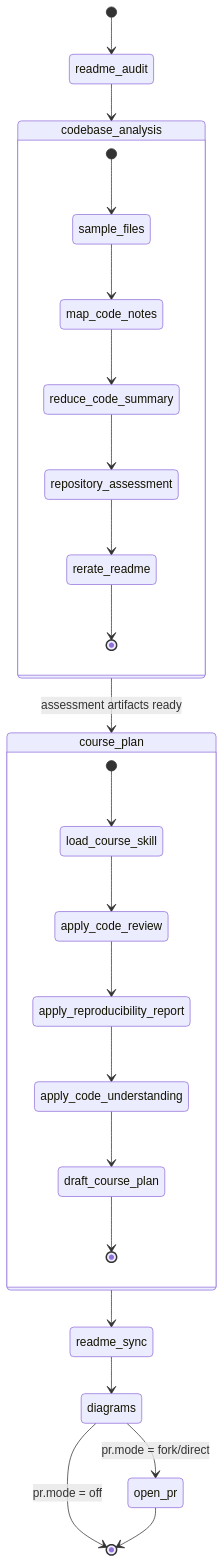
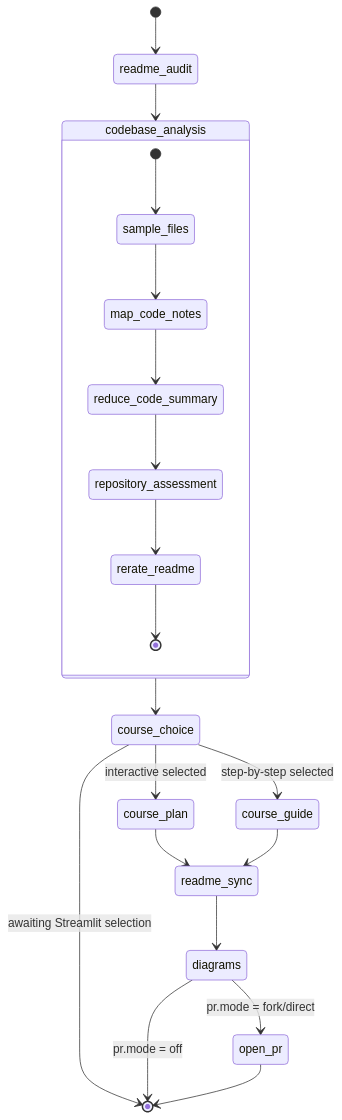
Before and after one commit to Shotza247/Code_Review_LangGraph_workflow: the second of 2 diagrams in readme-sync-workflow/README.md, drawn with Mermaid. The commit also changed other lines of this file and 4 other files, not shown here.

First line of the commit message:
feat: expose course choice in Streamlit

````diff
--- a/readme-sync-workflow/README.md
+++ b/readme-sync-workflow/README.md
@@ -29,29 +29,25 @@
 ```mermaid
 stateDiagram-v2
   [*] --> readme_audit
   readme_audit --> codebase_analysis
-  codebase_analysis --> course_plan: assessment artifacts ready
+  codebase_analysis --> course_choice
+  course_choice --> course_plan: interactive selected
+  course_choice --> course_guide: step-by-step selected
+  course_choice --> [*]: awaiting Streamlit selection
   course_plan --> readme_sync
+  course_guide --> readme_sync
   readme_sync --> diagrams
   diagrams --> open_pr: pr.mode = fork/direct
   diagrams --> [*]: pr.mode = off
   open_pr --> [*]
 
   state codebase_analysis {
     [*] --> sample_files
     sample_files --> map_code_notes
     map_code_notes --> reduce_code_summary
     reduce_code_summary --> repository_assessment
     repository_assessment --> rerate_readme
     rerate_readme --> [*]
   }
 
-  state course_plan {
-    [*] --> load_course_skill
-    load_course_skill --> apply_code_review
-    apply_code_review --> apply_reproducibility_report
-    apply_reproducibility_report --> apply_code_understanding
-    apply_code_understanding --> draft_course_plan
-    draft_course_plan --> [*]
-  }
 ```
````
